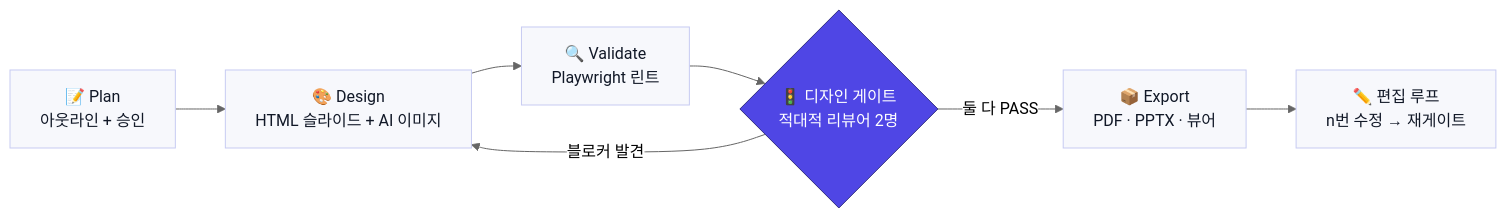
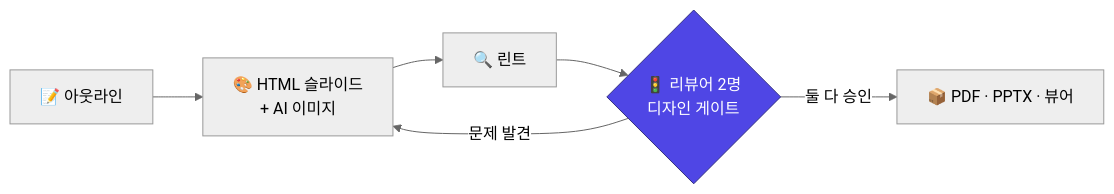
The diagram in README.ko.md (lsmman/ai-slide-pipeline), drawn with Mermaid (neutral theme) before and after one commit. The commit also changed other lines of this file and 8 other files, not shown here.

````diff
--- a/README.ko.md
+++ b/README.ko.md
@@ -11,15 +59,9 @@
 ```mermaid
 flowchart LR
-    A["📝 Plan<br/>아웃라인 + 승인"] --> B["🎨 Design<br/>HTML 슬라이드 + AI 이미지"]
-    B --> C["🔍 Validate<br/>Playwright 린트"]
-    C --> D{"🚦 디자인 게이트<br/>적대적 리뷰어 2명"}
-    D -- "블로커 발견" --> B
-    D -- "둘 다 PASS" --> E["📦 Export<br/>PDF · PPTX · 뷰어"]
-    E --> F["✏️ 편집 루프<br/>n번 수정 → 재게이트"]
+    A["📝 아웃라인"] --> B["🎨 HTML 슬라이드<br/>+ AI 이미지"]
+    B --> C["🔍 린트"]
+    C --> D{"🚦 리뷰어 2명<br/>디자인 게이트"}
+    D -- "문제 발견" --> B
+    D -- "둘 다 승인" --> E["📦 PDF · PPTX · 뷰어"]
     style D fill:#4F46E5,stroke:#312E81,color:#fff
-    style A fill:#F7F8FC,stroke:#C7CBF2,color:#111827
-    style B fill:#F7F8FC,stroke:#C7CBF2,color:#111827
-    style C fill:#F7F8FC,stroke:#C7CBF2,color:#111827
-    style E fill:#F7F8FC,stroke:#C7CBF2,color:#111827
-    style F fill:#F7F8FC,stroke:#C7CBF2,color:#111827
 ```
````
